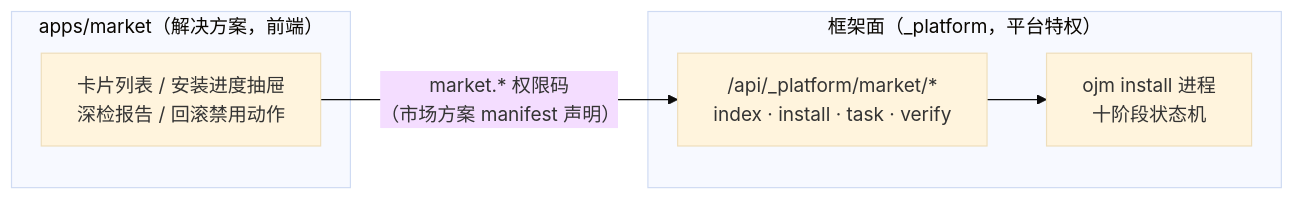
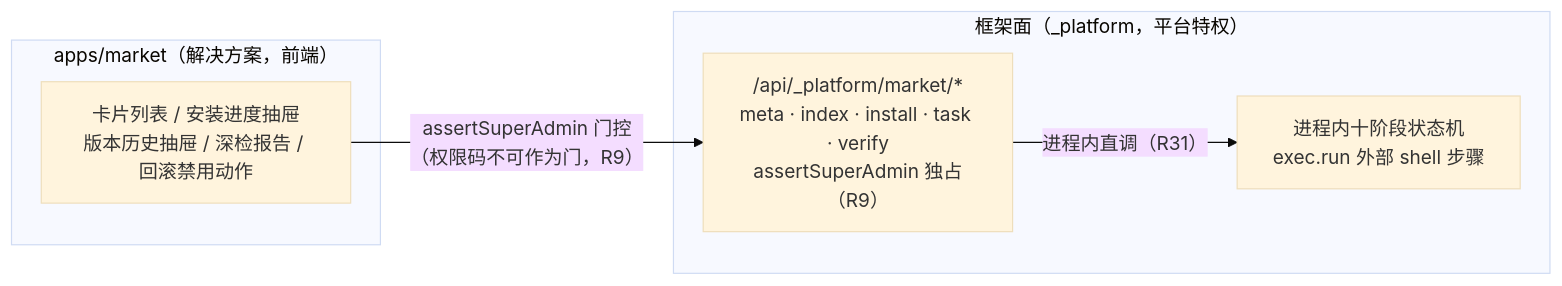
The second of 2 diagrams in docs/prd/solution/202610171138-solution-lifecycle-implementation-design.md (everpan/oj-module), drawn with Mermaid (base theme) before and after one commit. The commit also changed other lines of this file, not shown here.

````diff
--- a/docs/prd/solution/202610171138-solution-lifecycle-implementation-design.md
+++ b/docs/prd/solution/202610171138-solution-lifecycle-implementation-design.md
@@ -131,12 +143,12 @@
 ```mermaid
 flowchart LR
     subgraph SOL["apps/market（解决方案，前端）"]
-        UI[卡片列表 / 安装进度抽屉<br/>深检报告 / 回滚禁用动作]
+        UI[卡片列表 / 安装进度抽屉<br/>版本历史抽屉 / 深检报告 / 回滚禁用动作]
     end
     subgraph FW["框架面（_platform，平台特权）"]
-        API["/api/_platform/market/*<br/>index · install · task · verify"]
-        N["ojm install 进程<br/>十阶段状态机"]
+        API["/api/_platform/market/*<br/>meta · index · install · task · verify<br/>assertSuperAdmin 独占（R9）"]
+        N["进程内十阶段状态机<br/>exec.run 外部 shell 步骤"]
     end
-    UI -->|"market.* 权限码<br/>（市场方案 manifest 声明）"| API
-    API --> N
+    UI -->|"assertSuperAdmin 门控<br/>（权限码不可作为门，R9）"| API
+    API -->|"进程内直调（R31）"| N
 ```
````
